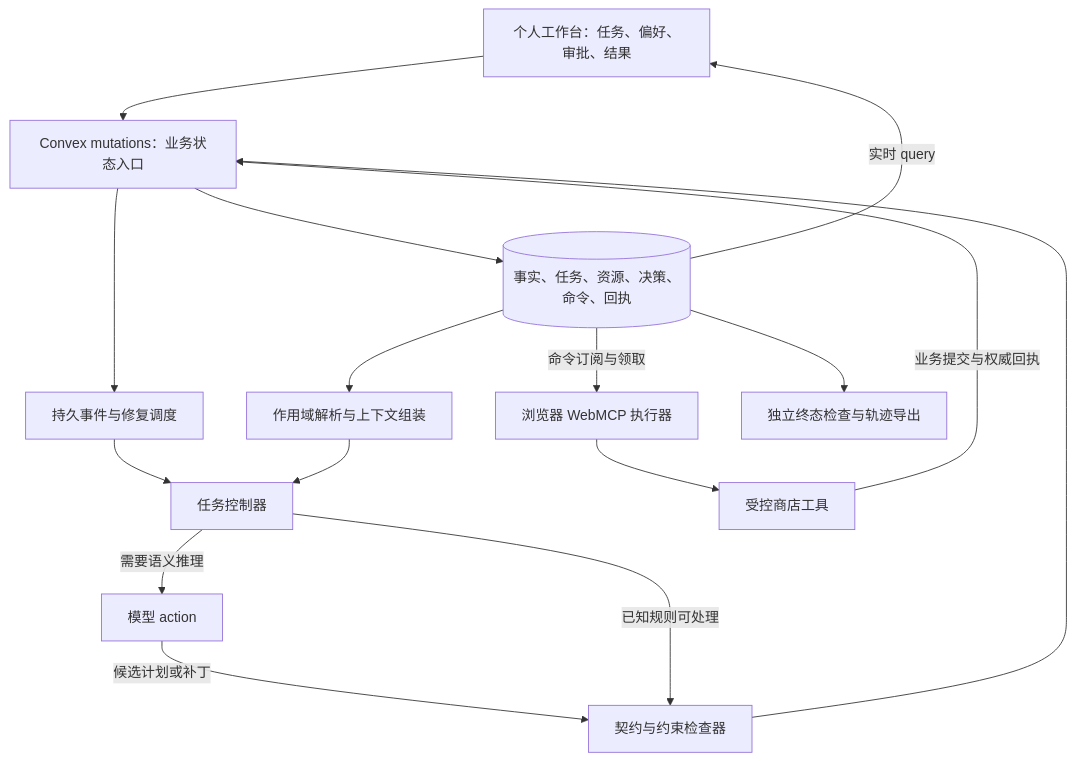
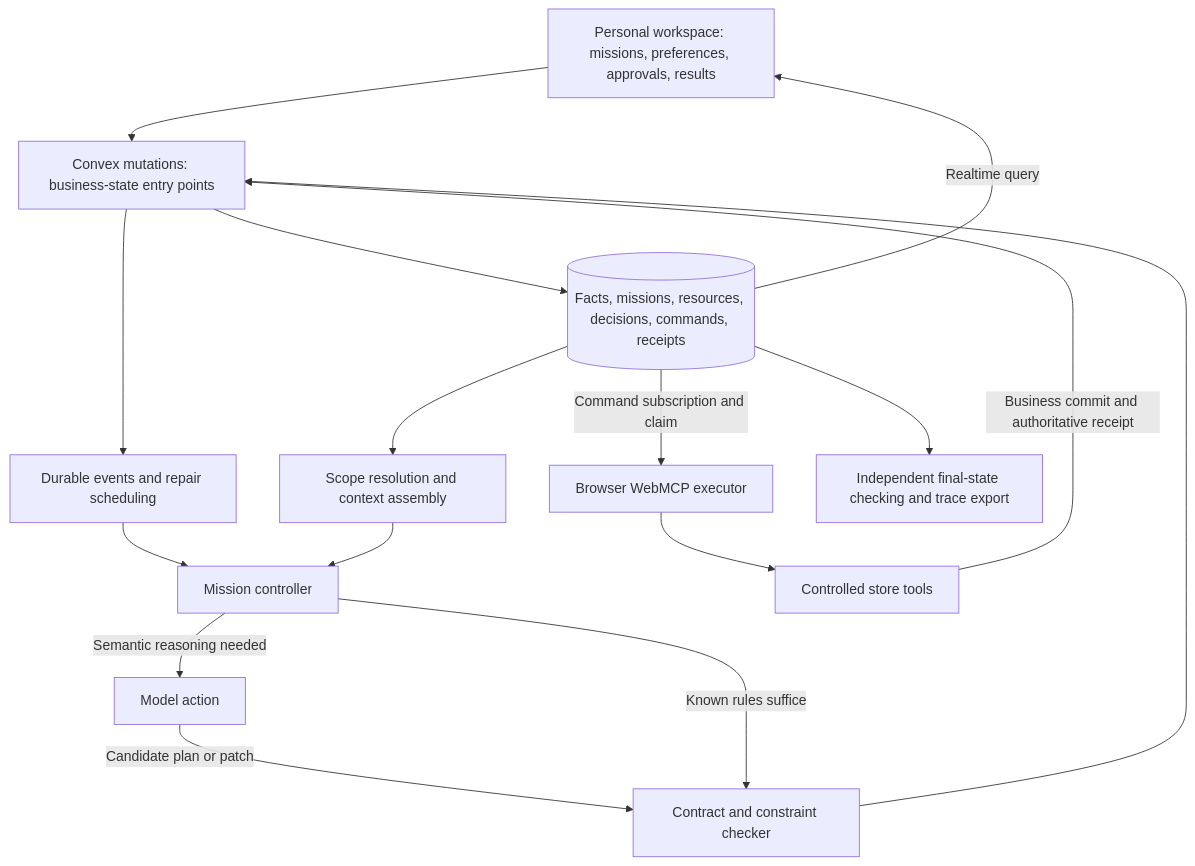
One commit to JunjieAraoXiong/calhack-staging changed the diagram in research/PERSONAL_AGENT_SYSTEM_ZH.md. Above: the diagram before and after it, drawn with Mermaid. The commit also changed other lines of this file and 13 other files, not shown here.

Commit message:
docs: translate research and detail language integration architecture

````diff
--- a/research/PERSONAL_AGENT_SYSTEM_ZH.md
+++ b/research/PERSONAL_AGENT_SYSTEM_ZH.md
@@ -16,18 +16,18 @@
 ```mermaid
 flowchart TD
-  UI[个人工作台：任务、偏好、审批、结果] --> API[Convex mutations：业务状态入口]
-  API --> STATE[(事实、任务、资源、决策、命令、回执)]
-  API --> EVENT[持久事件与修复调度]
-  EVENT --> CTRL[任务控制器]
-  STATE --> CTX[作用域解析与上下文组装]
+  UI[Personal workspace: missions, preferences, approvals, results] --> API[Convex mutations: business-state entry points]
+  API --> STATE[(Facts, missions, resources, decisions, commands, receipts)]
+  API --> EVENT[Durable events and repair scheduling]
+  EVENT --> CTRL[Mission controller]
+  STATE --> CTX[Scope resolution and context assembly]
   CTX --> CTRL
-  CTRL -->|需要语义推理| LLM[模型 action]
-  LLM -->|候选计划或补丁| CHECK[契约与约束检查器]
-  CTRL -->|已知规则可处理| CHECK
+  CTRL -->|Semantic reasoning needed| LLM[Model action]
+  LLM -->|Candidate plan or patch| CHECK[Contract and constraint checker]
+  CTRL -->|Known rules suffice| CHECK
   CHECK --> API
-  STATE -->|命令订阅与领取| HOST[浏览器 WebMCP 执行器]
-  HOST --> SITE[受控商店工具]
-  SITE -->|业务提交与权威回执| API
-  STATE -->|实时 query| UI
-  STATE --> EVAL[独立终态检查与轨迹导出]
+  STATE -->|Command subscription and claim| HOST[Browser WebMCP executor]
+  HOST --> SITE[Controlled store tools]
+  SITE -->|Business commit and authoritative receipt| API
+  STATE -->|Realtime query| UI
+  STATE --> EVAL[Independent final-state checking and trace export]
 ```
````
